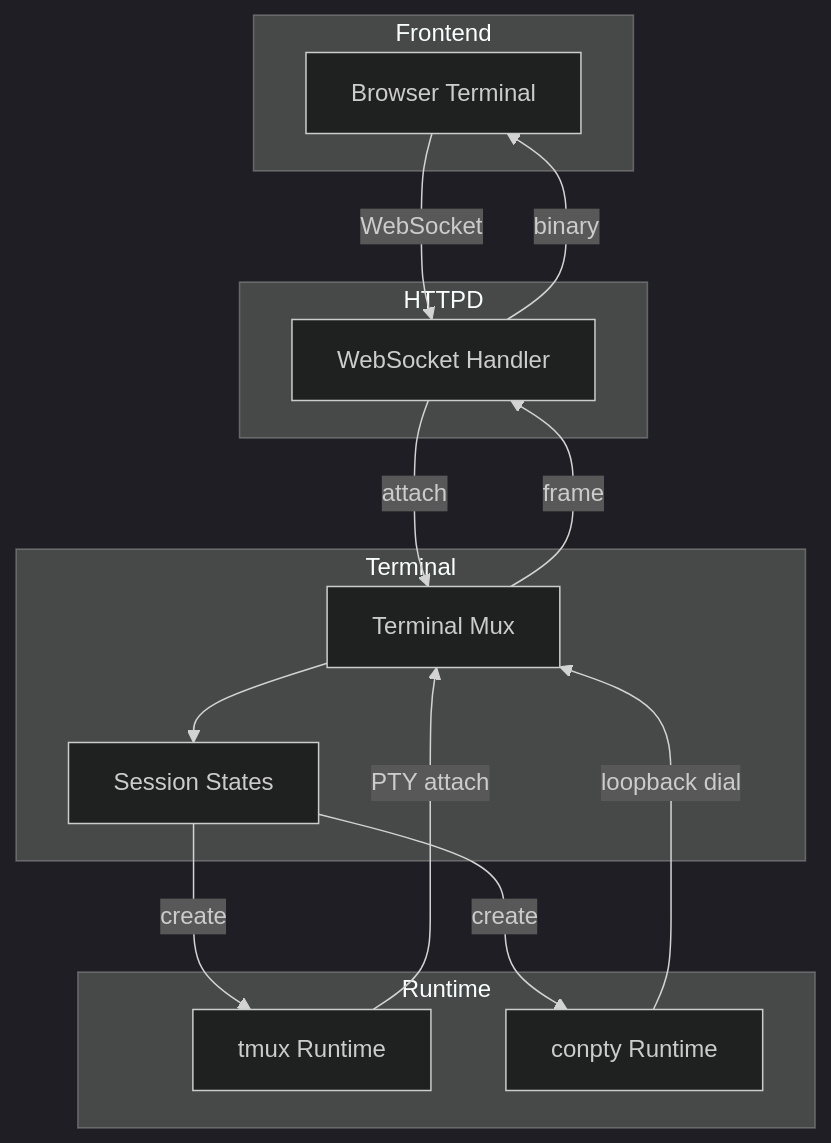
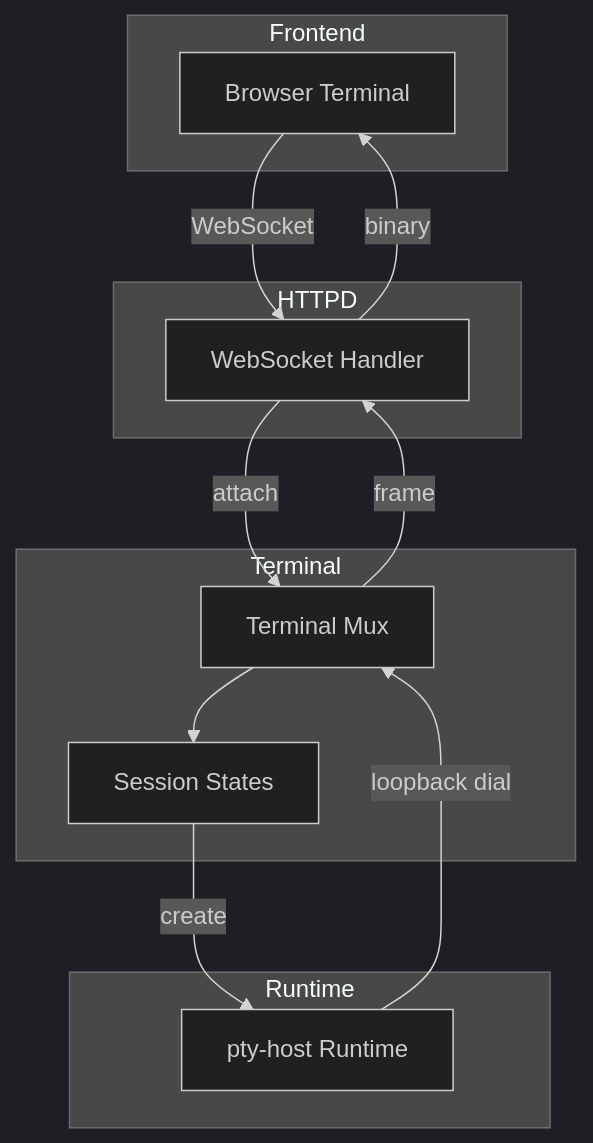
Before and after one commit to OmarAly92/Operator: diagram 23 of 24 in docs/architecture.md, drawn with Mermaid (dark theme). The commit also changed other lines of this file and 64 other files, not shown here.

First line of the commit message:
feat(runtime)!: replace tmux with the pty-host on every platform

````diff
--- a/docs/architecture.md
+++ b/docs/architecture.md
@@ -933,33 +934,30 @@
 ```mermaid
 flowchart TD
     subgraph Frontend
         Browser[Browser Terminal]
     end
 
     subgraph HTTPD
         WS[WebSocket Handler]
     end
 
     subgraph Terminal
         Mux[Terminal Mux]
         Sessions[Session States]
     end
 
     subgraph Runtime
-        TMux[tmux Runtime]
-        ConPTY[conpty Runtime]
+        PtyHost[pty-host Runtime]
     end
 
     Browser -->|WebSocket| WS
     WS -->|attach| Mux
     Mux --> Sessions
-    Sessions -->|create| TMux
-    Sessions -->|create| ConPTY
+    Sessions -->|create| PtyHost
 
-    TMux -->|PTY attach| Mux
-    ConPTY -->|loopback dial| Mux
+    PtyHost -->|loopback dial| Mux
 
     Mux -->|frame| WS
     WS -->|binary| Browser
 
 ```
````
